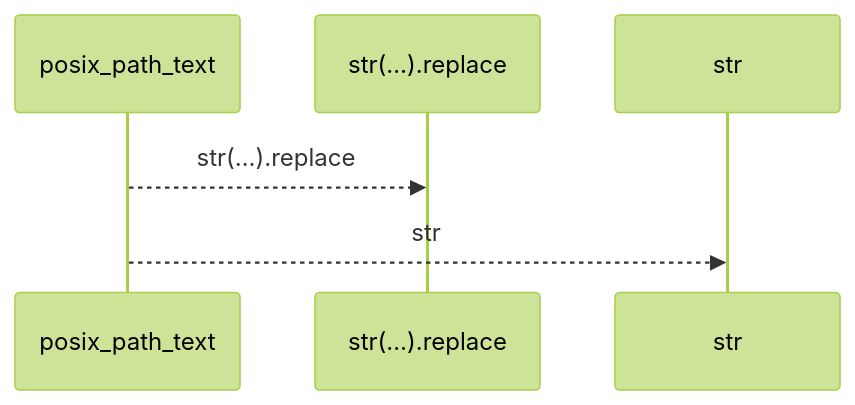
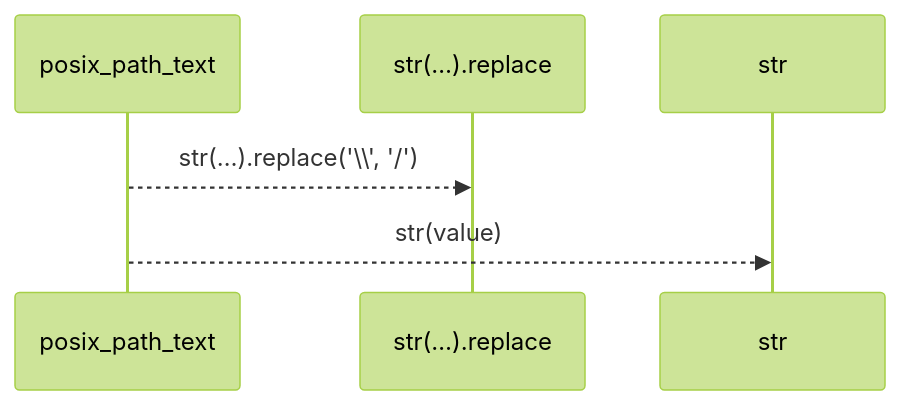
Before and after one commit to Denissvgn/python-wiki-llm: the first of 2 diagrams in docs/llm_wiki/flows/api-posix_path_text.md, drawn with Mermaid (forest theme). The commit also changed other lines of this file and 1410 other files, not shown here.

````diff
--- a/docs/llm_wiki/flows/api-posix_path_text.md
+++ b/docs/llm_wiki/flows/api-posix_path_text.md
@@ -10,8 +12,8 @@
 ```mermaid
 sequenceDiagram
     participant p0 as posix_path_text
     participant p1 as str(…).replace
     participant p2 as str
-    p0-->>p1: str(…).replace
-    p0-->>p2: str
+    p0-->>p1: str(…).replace('\\', '/')
+    p0-->>p2: str(value)
 ```
````
